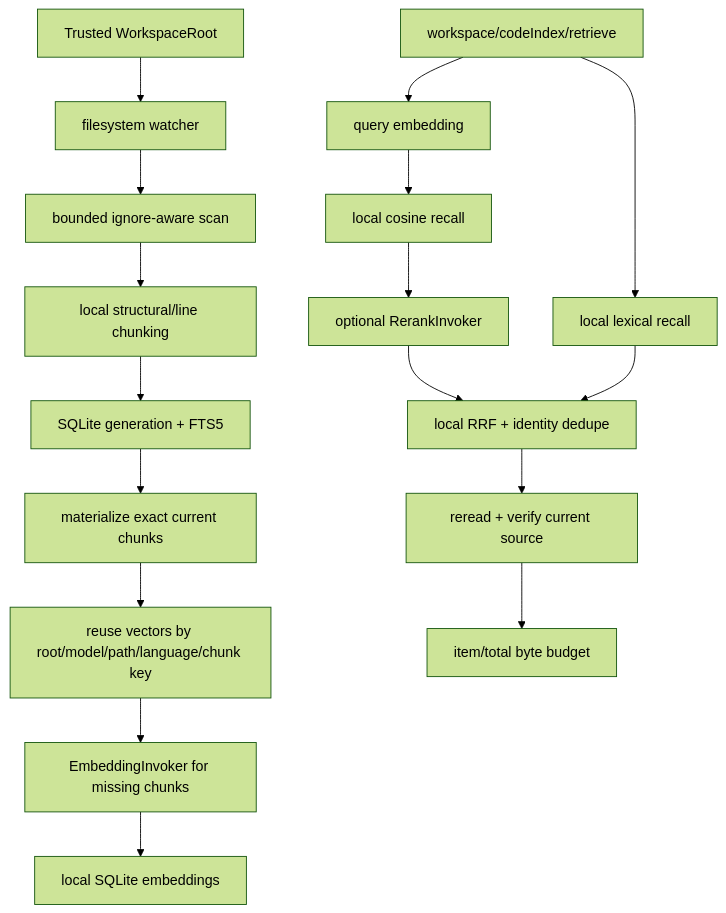
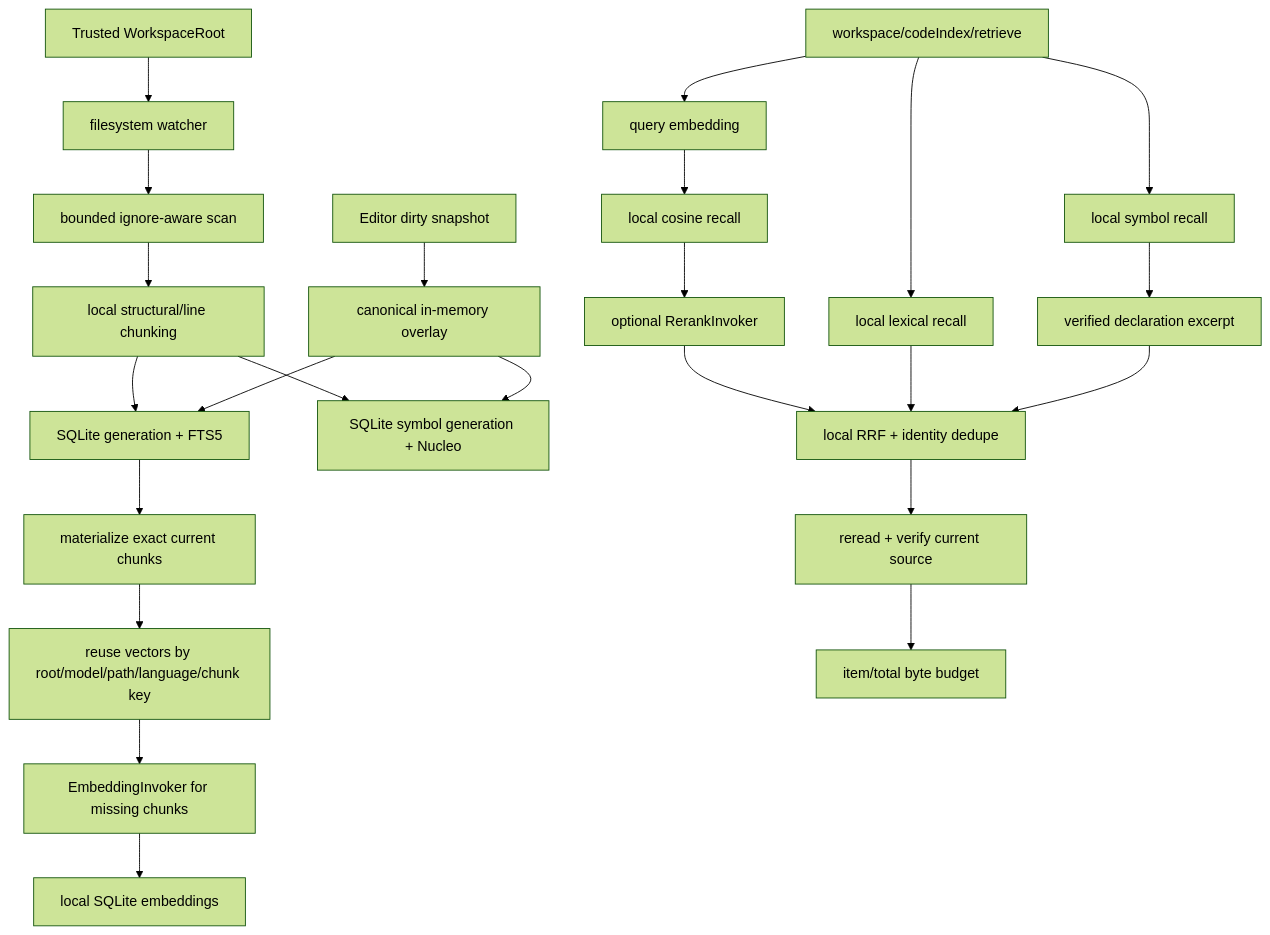
Before and after one commit to chogng/zeta: the diagram in docs/code-index.md, drawn with Mermaid (forest theme). The commit also changed other lines of this file and 144 other files, not shown here.

````diff
--- a/docs/code-index.md
+++ b/docs/code-index.md
@@ -44,19 +47,26 @@
 ```mermaid
 flowchart TD
     Root["Trusted WorkspaceRoot"] --> Watch["filesystem watcher"]
     Watch --> Scan["bounded ignore-aware scan"]
     Scan --> Chunk["local structural/line chunking"]
     Chunk --> Lexical["SQLite generation + FTS5"]
+    Chunk --> Symbols["SQLite symbol generation + Nucleo"]
+    Buffer["Editor dirty snapshot"] --> Overlay["canonical in-memory overlay"]
+    Overlay --> Lexical
+    Overlay --> Symbols
     Lexical --> Verify["materialize exact current chunks"]
     Verify --> Reuse["reuse vectors by root/model/path/language/chunk key"]
     Reuse --> Embed["EmbeddingInvoker for missing chunks"]
     Embed --> Dense["local SQLite embeddings"]
     Query["workspace/codeIndex/retrieve"] --> FTS["local lexical recall"]
+    Query --> SymbolQuery["local symbol recall"]
     Query --> QueryEmbed["query embedding"]
     QueryEmbed --> Vector["local cosine recall"]
     Vector --> Rerank["optional RerankInvoker"]
     Rerank --> Fuse["local RRF + identity dedupe"]
     FTS --> Fuse
+    SymbolQuery --> SymbolExcerpt["verified declaration excerpt"]
+    SymbolExcerpt --> Fuse
     Fuse --> Current["reread + verify current source"]
     Current --> Budget["item/total byte budget"]
 ```
````
